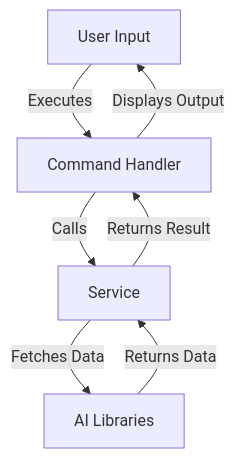
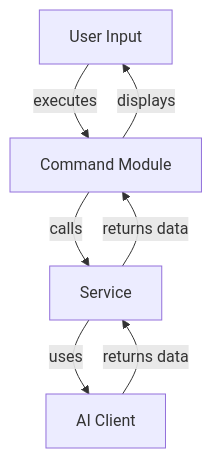
One commit to geogoesbeepboop/refiner changed the first of 2 diagrams in docs/architecture.md. Above: the diagram before and after it, drawn with Mermaid. The commit also changed other lines of this file and 5 other files, not shown here.

First line of the commit message:
refactor: extract OpenAI client logic into dedicated module

````diff
--- a/docs/architecture.md
+++ b/docs/architecture.md
@@ -38,9 +123,9 @@
 ```mermaid
 graph TD;
-    A[User Input] -->|Executes| B[Command Handler]
-    B -->|Calls| C[Service]
-    C -->|Fetches Data| D[AI Libraries]
-    D -->|Returns Data| C
-    C -->|Returns Result| B
-    B -->|Displays Output| A
+    A[User Input] -->|executes| B[Command Module]
+    B -->|calls| C[Service]
+    C -->|uses| D[AI Client]
+    D -->|returns data| C
+    C -->|returns data| B
+    B -->|displays| A
 ```
````
